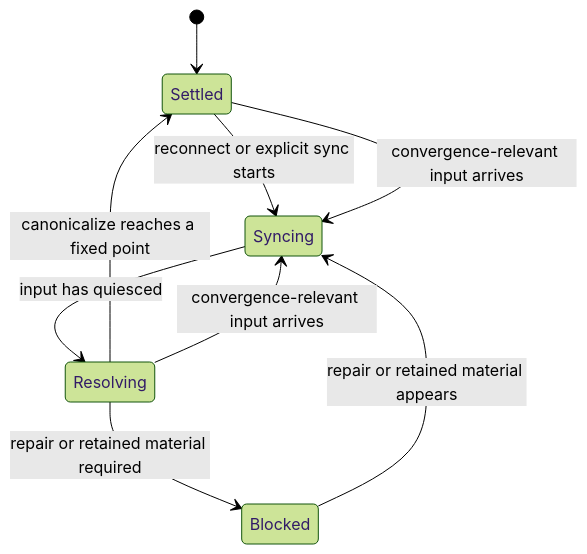
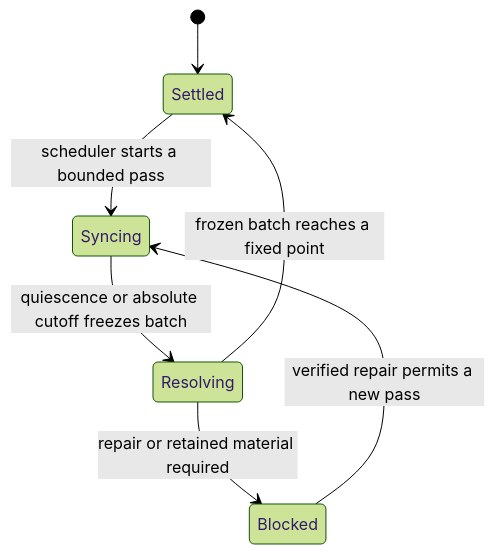
The first of 3 diagrams in docs/marmot-architecture/cgka-engine-canonicalization-contract.md (marmot-protocol/mdk), drawn with Mermaid (forest theme) before and after one commit. The commit also changed other lines of this file and 29 other files, not shown here.

````diff
--- a/docs/marmot-architecture/cgka-engine-canonicalization-contract.md
+++ b/docs/marmot-architecture/cgka-engine-canonicalization-contract.md
@@ -59,11 +65,9 @@
 ```mermaid
 stateDiagram-v2
     [*] --> Settled
-    Settled --> Syncing: reconnect or explicit sync starts
-    Syncing --> Resolving: input has quiesced
-    Resolving --> Settled: canonicalize reaches a fixed point
+    Settled --> Syncing: scheduler starts a bounded pass
+    Syncing --> Resolving: quiescence or absolute cutoff freezes batch
+    Resolving --> Settled: frozen batch reaches a fixed point
     Resolving --> Blocked: repair or retained material required
-    Resolving --> Syncing: convergence-relevant input arrives
-    Settled --> Syncing: convergence-relevant input arrives
-    Blocked --> Syncing: repair or retained material appears
+    Blocked --> Syncing: verified repair permits a new pass
 ```
````
